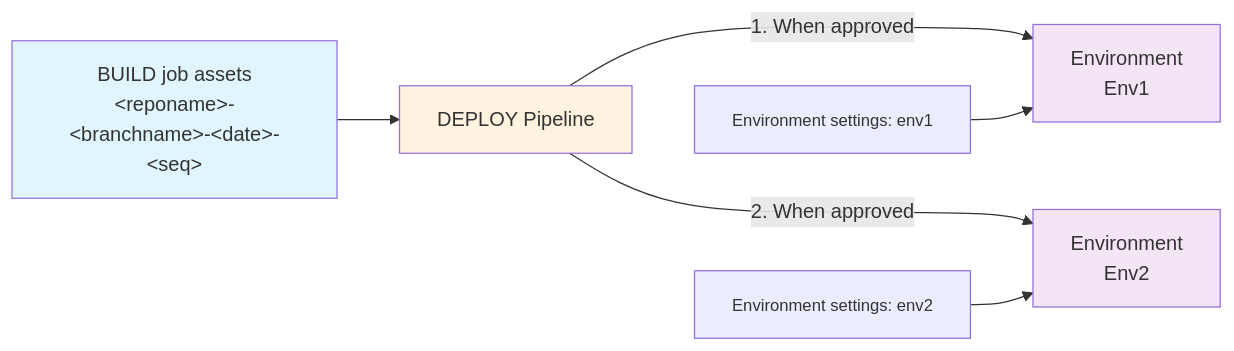
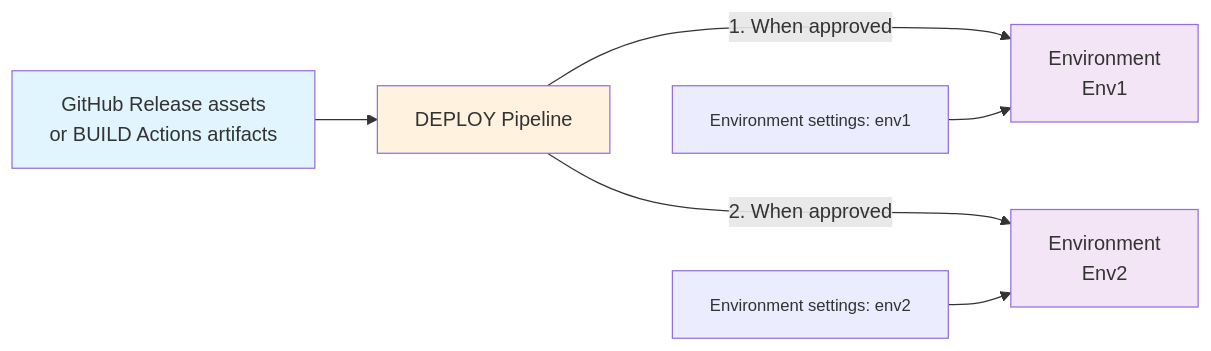
One commit to robwood-TTECDigital/ALM4Dataverse changed the diagram in docs/usage/deploying.md. Above: the diagram before and after it, drawn with Mermaid. The commit also changed other lines of this file and 26 other files, not shown here.

````diff
--- a/docs/usage/deploying.md
+++ b/docs/usage/deploying.md
@@ -3,13 +3,13 @@
 ```mermaid
 flowchart LR
-    A[BUILD job assets<br/>&lt;reponame&gt;-&lt;branchname&gt;-&lt;date&gt;-&lt;seq&gt;] --> B[DEPLOY Pipeline]
+  A[GitHub Release assets<br/>or BUILD Actions artifacts] --> B[DEPLOY Pipeline]
     B -- 1. When approved ---> C[Environment<br/>Env1]
     B -- 2. When approved ---> E[Environment<br/>Env2]
     D[<small>Environment settings: env1</small>] --> C
     F[<small>Environment settings: env2</small>] --> E
 
     style A fill:#e1f5fe
     style C fill:#f3e5f5
     style B fill:#fff3e0
     style E fill:#f3e5f5
 ```
````
